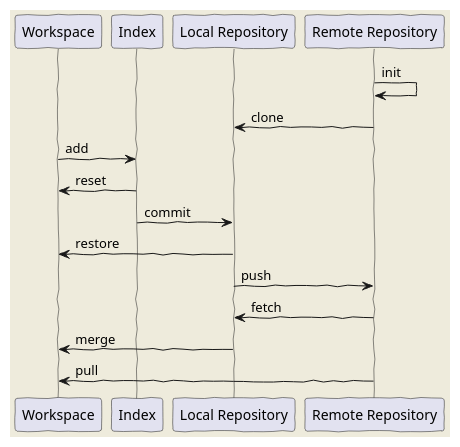
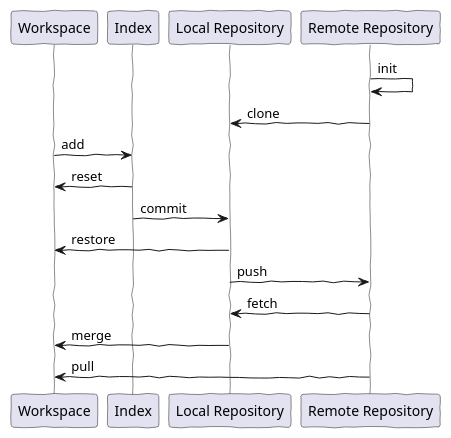
Before and after one commit to braboj/tutorial-git: the diagram in assets/uml/git_dataflow_diagram.puml, drawn with PlantUML. The commit also changed 6 other files, not shown here.

Commit message:
Update of the planuml diagrams

```diff
--- a/assets/uml/git_dataflow_diagram.puml
+++ b/assets/uml/git_dataflow_diagram.puml
@@ -1,22 +1,22 @@
 @startuml
 skinparam lifelineStrategy solid
-skinparam backgroundColor #EEEBDC
+'skinparam backgroundColor #EEEBDC
 skinparam handwritten true
 
 participant Workspace
 participant Index
 participant "Local Repository" as Local
 participant "Remote Repository" as Remote
 
 Remote -> Remote    : init
 Remote -> Local     : clone
 Workspace -> Index  : add
 Index -> Workspace  : reset
 Index -> Local      : commit
 Local -> Workspace  : restore
 Local -> Remote     : push
 Remote -> Local     : fetch
 Local -> Workspace  : merge
 Remote -> Workspace : pull
 
 @enduml
```
